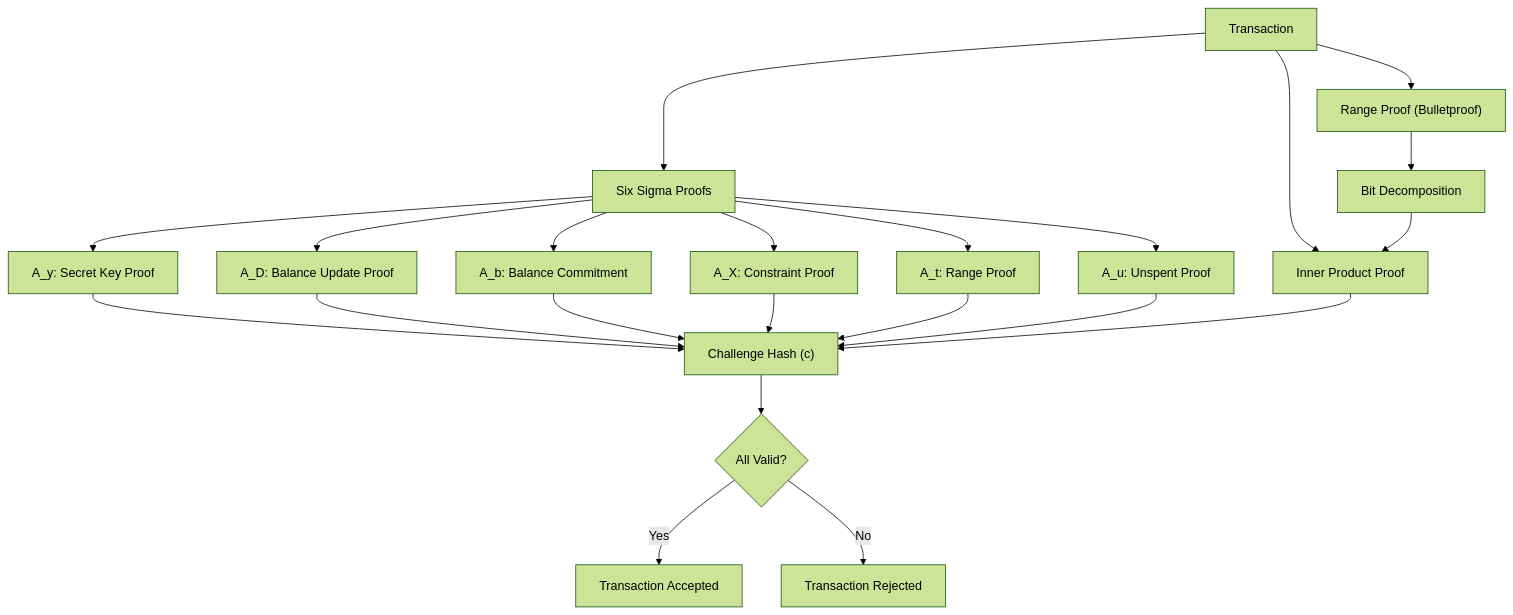
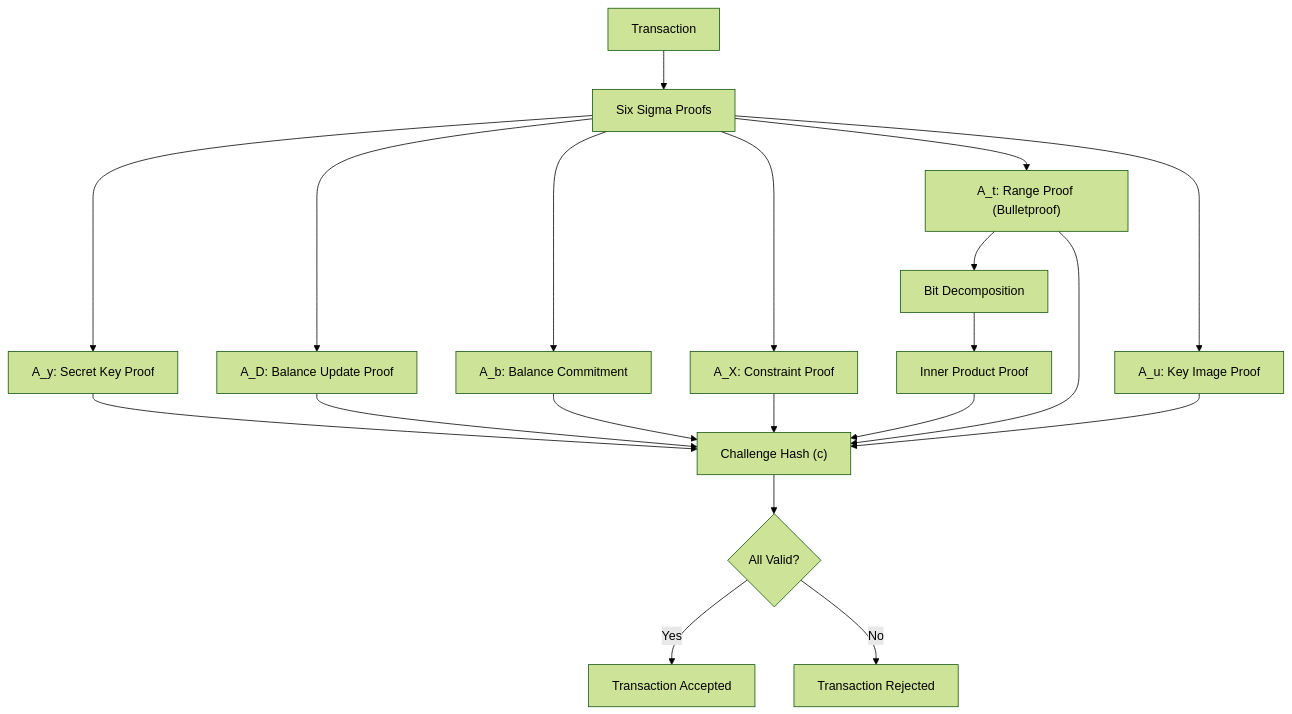
The diagram in derod-main/pages/integrity/index.mdx (DHEBP/dero-docs), drawn with Mermaid (forest theme) before and after one commit. The commit also changed other lines of this file and 7 other files, not shown here.

````diff
--- a/derod-main/pages/integrity/index.mdx
+++ b/derod-main/pages/integrity/index.mdx
@@ -49,28 +49,26 @@
 ```mermaid
 flowchart TD
     TX["Transaction"] --> SIG["Six Sigma Proofs"]
-    TX --> RANGE["Range Proof (Bulletproof)"]
-    TX --> INNER["Inner Product Proof"]
     
     SIG --> A_y["A_y: Secret Key Proof"]
     SIG --> A_D["A_D: Balance Update Proof"]
     SIG --> A_b["A_b: Balance Commitment"]
     SIG --> A_X["A_X: Constraint Proof"]
-    SIG --> A_t["A_t: Range Proof"]
-    SIG --> A_u["A_u: Unspent Proof"]
+    SIG --> A_t["A_t: Range Proof (Bulletproof)"]
+    SIG --> A_u["A_u: Key Image Proof"]
     
-    RANGE --> BIT["Bit Decomposition"]
-    BIT --> INNER
+    A_t --> BIT["Bit Decomposition"]
+    BIT --> INNER["Inner Product Proof"]
     
     A_y --> HASH["Challenge Hash (c)"]
     A_D --> HASH
     A_b --> HASH
     A_X --> HASH
     A_t --> HASH
     A_u --> HASH
     INNER --> HASH
     
     HASH --> VALID{"All Valid?"}
     VALID -->|Yes| ACC["Transaction Accepted"]
     VALID -->|No| REJ["Transaction Rejected"]
 ```
````
